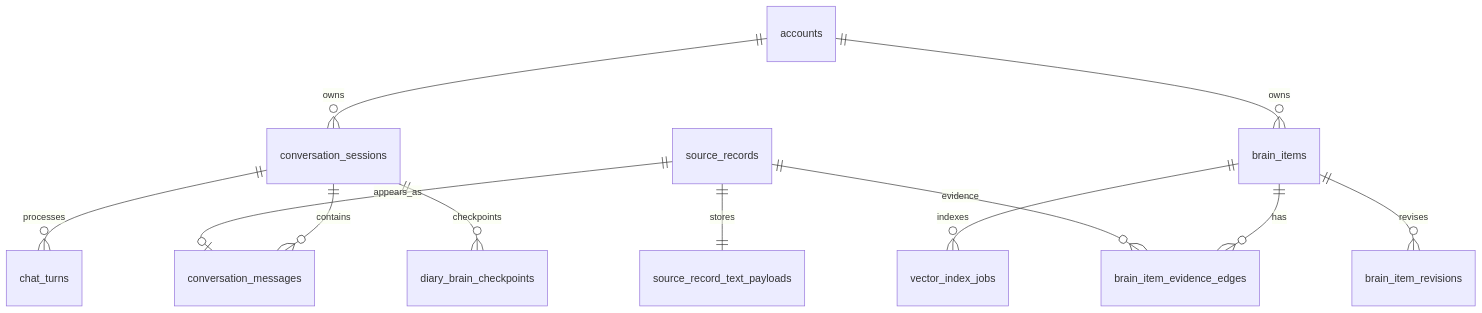
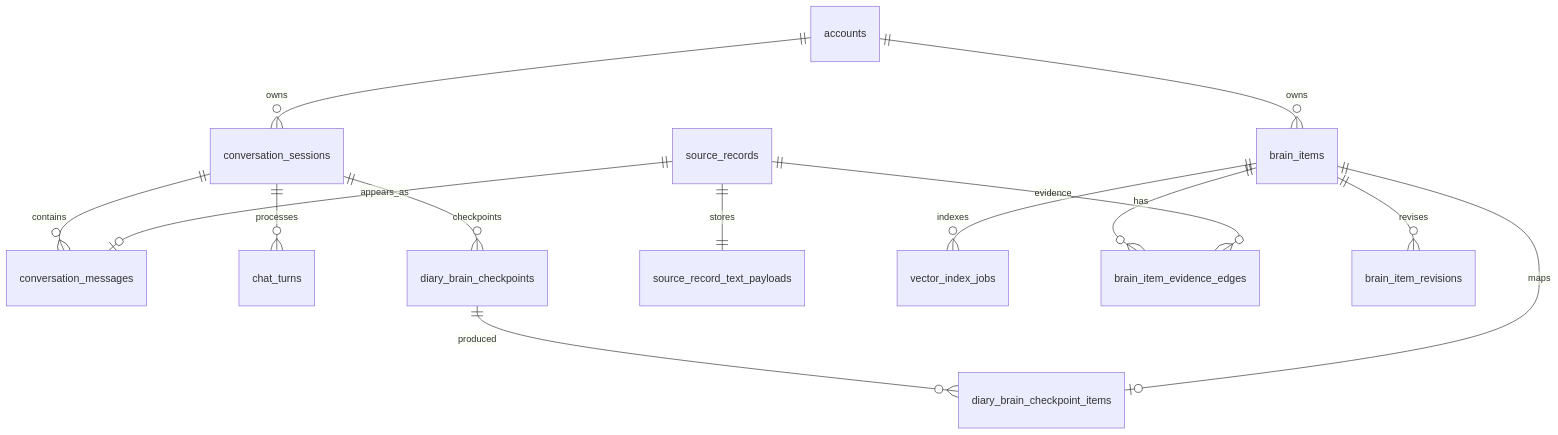
One commit to kkyosuke/me-builder changed the third of 7 diagrams in docs/architecture/diary-chat-implementation-design.md. Above: the diagram before and after it, drawn with Mermaid. The commit also changed other lines of this file and 21 other files, not shown here.

Commit message:
fix(brain): seal diary checkpoints before generation

````diff
--- a/docs/architecture/diary-chat-implementation-design.md
+++ b/docs/architecture/diary-chat-implementation-design.md
@@ -141,14 +141,16 @@
 ```mermaid
 erDiagram
     accounts ||--o{ conversation_sessions : owns
     conversation_sessions ||--o{ conversation_messages : contains
     conversation_sessions ||--o{ chat_turns : processes
     conversation_sessions ||--o{ diary_brain_checkpoints : checkpoints
+    diary_brain_checkpoints ||--o{ diary_brain_checkpoint_items : produced
     source_records ||--|| source_record_text_payloads : stores
     source_records ||--o| conversation_messages : appears_as
     accounts ||--o{ brain_items : owns
+    brain_items ||--o| diary_brain_checkpoint_items : maps
     brain_items ||--o{ vector_index_jobs : indexes
     brain_items ||--o{ brain_item_evidence_edges : has
     source_records ||--o{ brain_item_evidence_edges : evidence
     brain_items ||--o{ brain_item_revisions : revises
 ```
````
